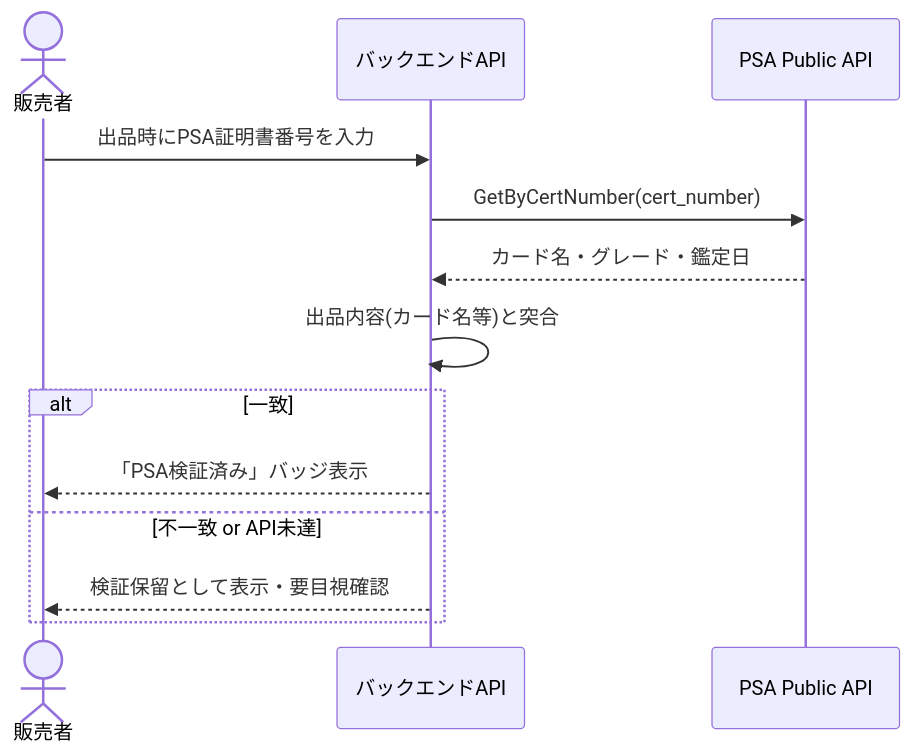
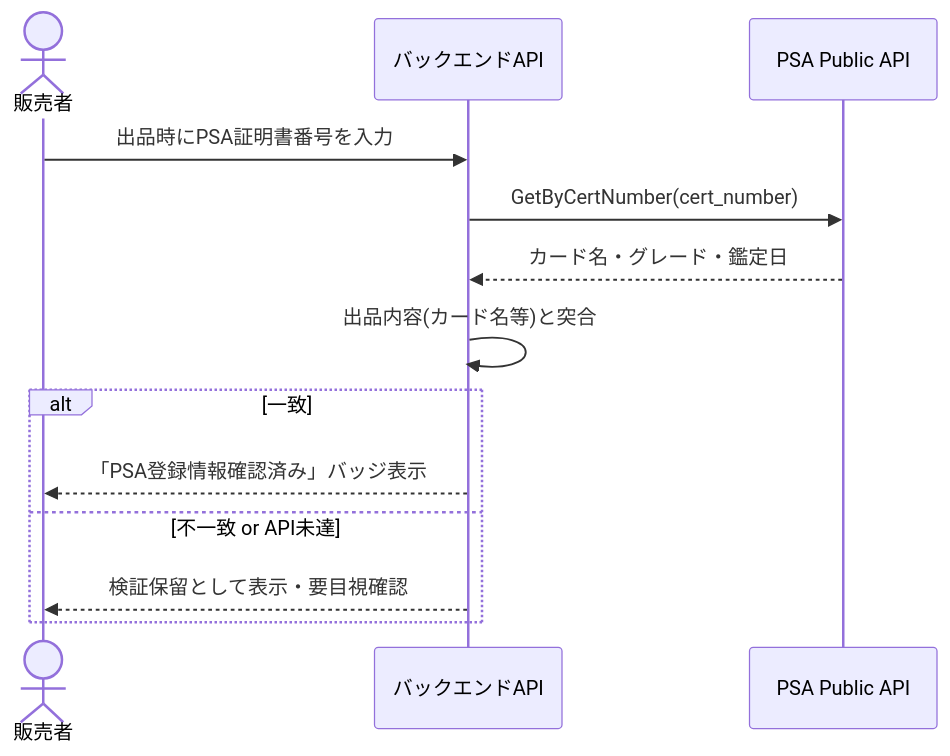
One commit to study-basic-hackathon/trust-ca changed the fourth of 6 diagrams in docs/design/system-architecture.md. Above: the diagram before and after it, drawn with Mermaid. The commit also changed other lines of this file and 4 other files, not shown here.

````diff
--- a/docs/design/system-architecture.md
+++ b/docs/design/system-architecture.md
@@ -183,16 +184,16 @@
 ```mermaid
 sequenceDiagram
     actor Seller as 販売者
     participant BE as バックエンドAPI
     participant PSA as PSA Public API
 
     Seller->>BE: 出品時にPSA証明書番号を入力
     BE->>PSA: GetByCertNumber(cert_number)
     PSA-->>BE: カード名・グレード・鑑定日
     BE->>BE: 出品内容(カード名等)と突合
     alt 一致
-        BE-->>Seller: 「PSA検証済み」バッジ表示
+        BE-->>Seller: 「PSA登録情報確認済み」バッジ表示
     else 不一致 or API未達
         BE-->>Seller: 検証保留として表示・要目視確認
     end
 ```
````
